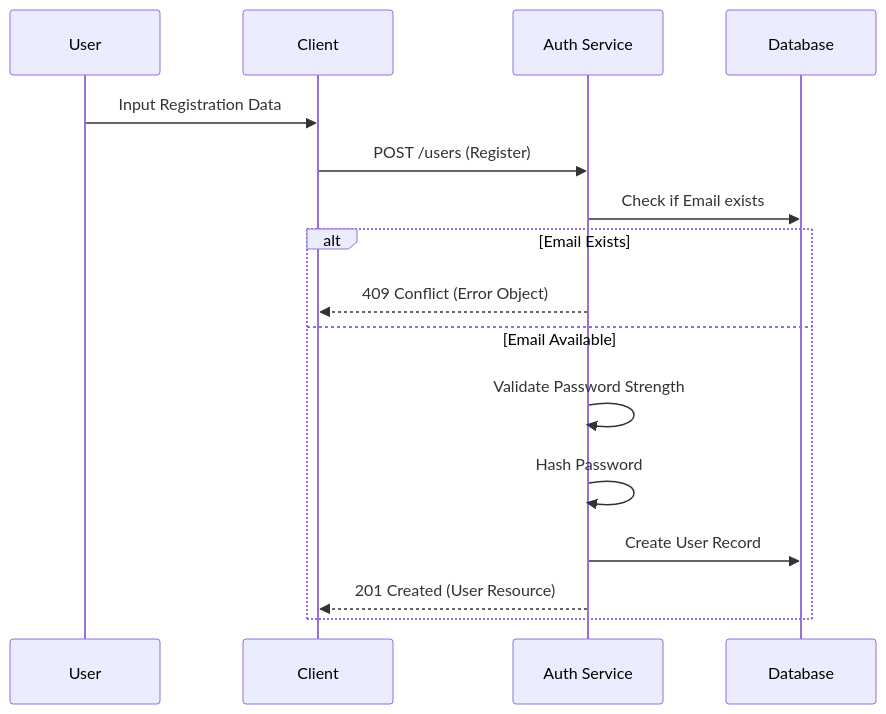
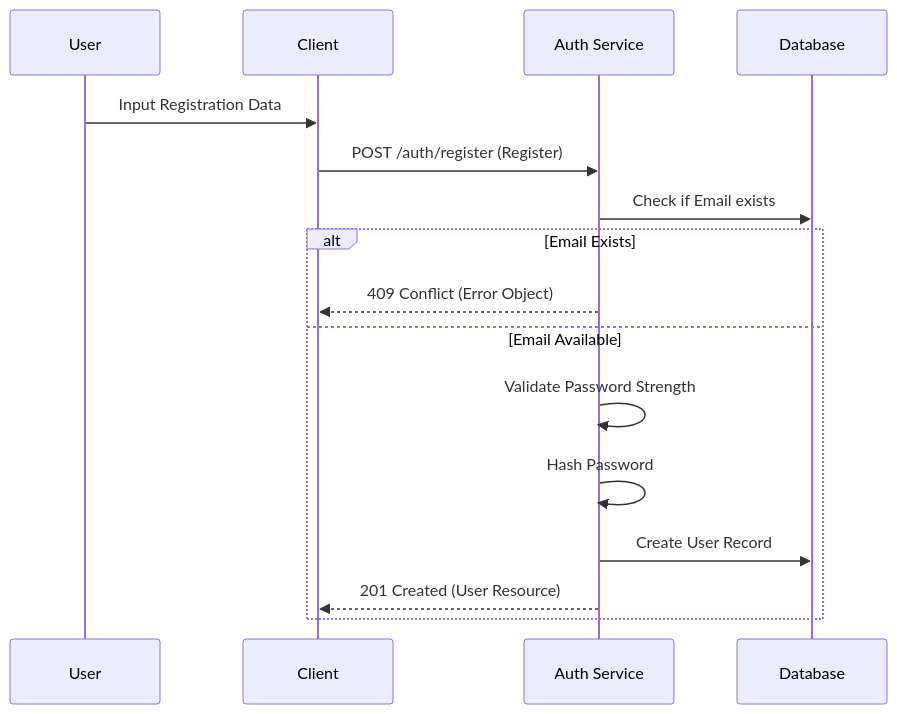
The second of 3 diagrams in .agent/modules/iam-security/authentication.md (vheins/vibe-coding-template), drawn with Mermaid before and after one commit. The commit also changed other lines of this file and 2 other files, not shown here.

Commit message:
docs: update iam security endpoints and add testing docs
- Move registration endpoint to `POST /auth/register` to separate from user management.
- Rename login endpoint to `POST /auth/login`.
- Add comprehensive testing documentation (Backend, Frontend, Manual) for IAM Security.
- Update templates and existing module/api specs to reflect changes.

````diff
--- a/.agent/modules/iam-security/authentication.md
+++ b/.agent/modules/iam-security/authentication.md
@@ -92,19 +92,19 @@
 ```mermaid
 sequenceDiagram
     participant User
     participant Client
     participant API as Auth Service
     participant DB as Database
 
     User->>Client: Input Registration Data
-    Client->>API: POST /users (Register)
+    Client->>API: POST /auth/register (Register)
     API->>DB: Check if Email exists
     alt Email Exists
         API-->>Client: 409 Conflict (Error Object)
     else Email Available
         API->>API: Validate Password Strength
         API->>API: Hash Password
         API->>DB: Create User Record
         API-->>Client: 201 Created (User Resource)
     end
 ```
````
